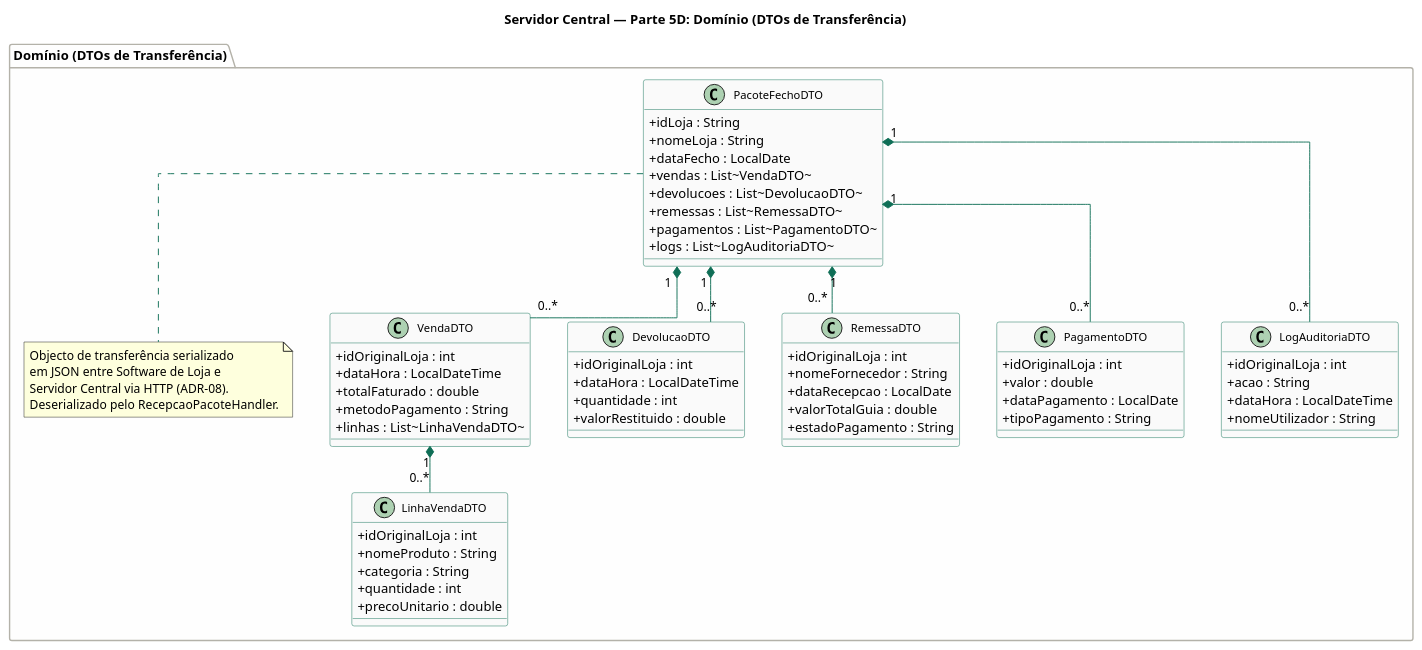
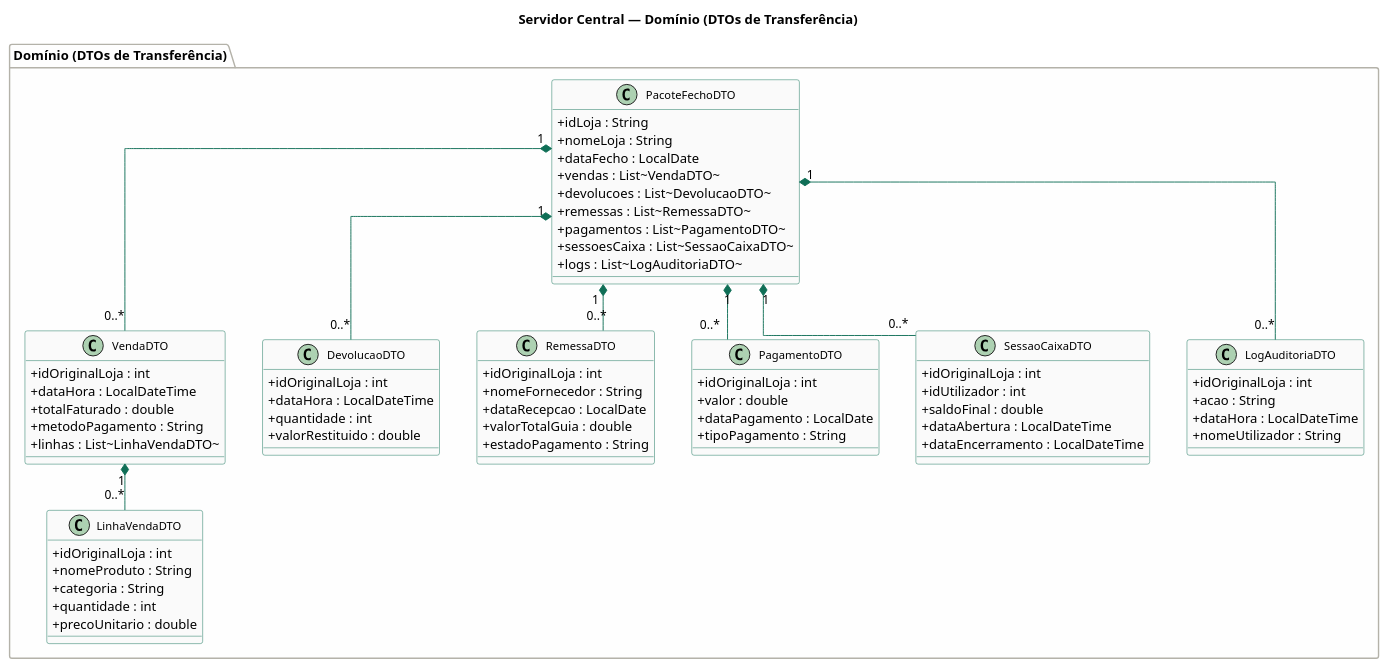
The diagram in Diagramas de Classe/software_servidor_central/dominio/src/dominio_dtos.puml (SimaoOliveira05/LI4), drawn with PlantUML before and after one commit. The commit also changed 40 other files, not shown here.

Commit message:
Updated class diagrams for server

```diff
--- a/Diagramas de Classe/software_servidor_central/dominio/src/dominio_dtos.puml
+++ b/Diagramas de Classe/software_servidor_central/dominio/src/dominio_dtos.puml
@@ -1,96 +1,96 @@
-@startuml servidor_central_parte5d_dominio_dtos
+@startuml servidor_central_dominio_dtos
 skinparam classAttributeIconSize 0
 skinparam classFontSize 12
 skinparam classHeaderBackgroundColor #E1F5EE
 skinparam classBorderColor #0F6E56
 skinparam classBackgroundColor #FAFAFA
 skinparam arrowColor #0F6E56
 skinparam stereotypeCBackgroundColor #EEEDFE
 skinparam stereotypeABackgroundColor #FAC775
 skinparam stereotypeIBackgroundColor #D1ECF1
 skinparam packageBackgroundColor #F8F8F8
 skinparam packageBorderColor #B4B2A9
 skinparam linetype ortho
 skinparam nodesep 40
 skinparam ranksep 50
 
-title Servidor Central — Parte 5D: Domínio (DTOs de Transferência)
+title Servidor Central — Domínio (DTOs de Transferência)
 
-' ╔══════════════════════════════════════╗
-' ║     DOMÍNIO - DTOS DE TRANSFERÊNCIA  ║
-' ╚══════════════════════════════════════╝
 package "Domínio (DTOs de Transferência)" #FEFEFE {
 
-  ' --- DTOs de transferência loja → servidor ---
   class PacoteFechoDTO {
     + idLoja : String
     + nomeLoja : String
     + dataFecho : LocalDate
     + vendas : List~VendaDTO~
     + devolucoes : List~DevolucaoDTO~
     + remessas : List~RemessaDTO~
     + pagamentos : List~PagamentoDTO~
+    + sessoesCaixa : List~SessaoCaixaDTO~
     + logs : List~LogAuditoriaDTO~
   }
-  note bottom of PacoteFechoDTO
-    Objecto de transferência serializado
-    em JSON entre Software de Loja e
-    Servidor Central via HTTP (ADR-08).
-    Deserializado pelo RecepcaoPacoteHandler.
-  end note
 
   class VendaDTO {
     + idOriginalLoja : int
     + dataHora : LocalDateTime
     + totalFaturado : double
     + metodoPagamento : String
     + linhas : List~LinhaVendaDTO~
   }
 
   class LinhaVendaDTO {
     + idOriginalLoja : int
     + nomeProduto : String
     + categoria : String
     + quantidade : int
     + precoUnitario : double
   }
 
   class DevolucaoDTO {
     + idOriginalLoja : int
     + dataHora : LocalDateTime
     + quantidade : int
     + valorRestituido : double
   }
 
   class RemessaDTO {
     + idOriginalLoja : int
     + nomeFornecedor : String
     + dataRecepcao : LocalDate
     + valorTotalGuia : double
     + estadoPagamento : String
   }
 
   class PagamentoDTO {
     + idOriginalLoja : int
     + valor : double
     + dataPagamento : LocalDate
     + tipoPagamento : String
   }
 
+  class SessaoCaixaDTO {
+    + idOriginalLoja : int
+    + idUtilizador : int
+    + saldoFinal : double
+    + dataAbertura : LocalDateTime
+    + dataEncerramento : LocalDateTime
+  }
+
   class LogAuditoriaDTO {
     + idOriginalLoja : int
     + acao : String
     + dataHora : LocalDateTime
     + nomeUtilizador : String
   }
 }
 
 ' Composições dos DTOs
 PacoteFechoDTO "1" *-- "0..*" VendaDTO
 PacoteFechoDTO "1" *-- "0..*" DevolucaoDTO
 PacoteFechoDTO "1" *-- "0..*" RemessaDTO
 PacoteFechoDTO "1" *-- "0..*" PagamentoDTO
+PacoteFechoDTO "1" *-- "0..*" SessaoCaixaDTO
 PacoteFechoDTO "1" *-- "0..*" LogAuditoriaDTO
 VendaDTO "1" *-- "0..*" LinhaVendaDTO
 
 @enduml
```
